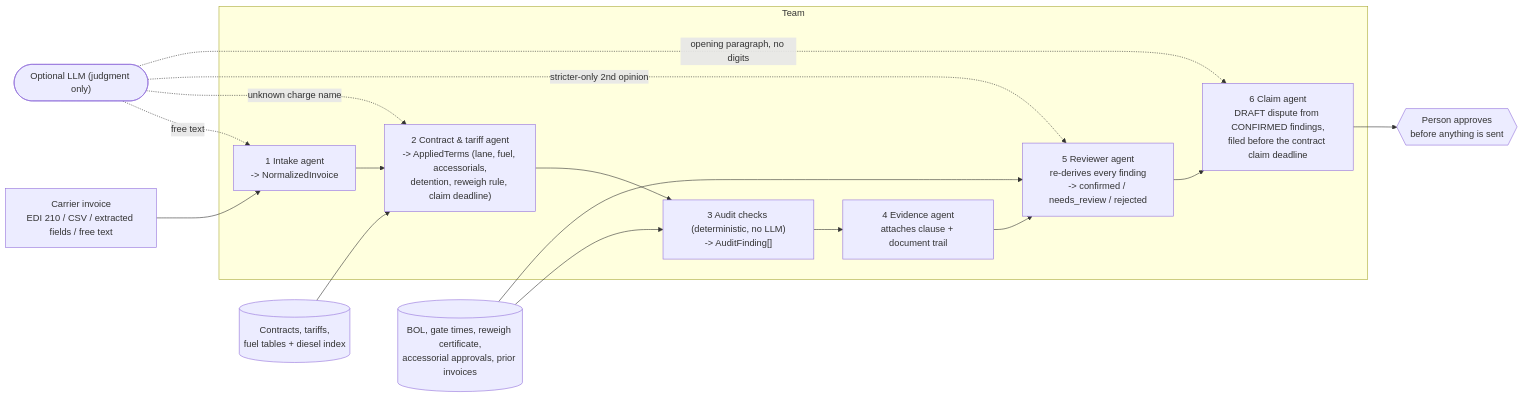
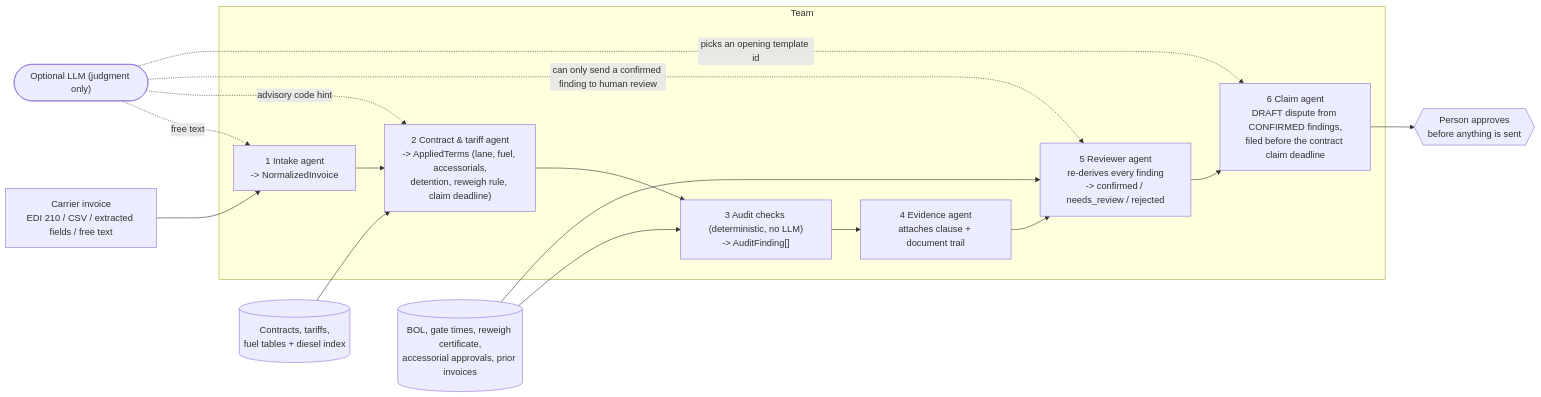
One commit to socrates6969/freight-recovery changed the diagram in technical/agents.md. Above: the diagram before and after it, drawn with Mermaid. The commit also changed other lines of this file and 11 other files, not shown here.

````diff
--- a/technical/agents.md
+++ b/technical/agents.md
@@ -9,19 +9,19 @@
 ```mermaid
 flowchart LR
     IN["Carrier invoice<br/>EDI 210 / CSV / extracted fields / free text"] --> A1
     subgraph Team
       A1["1 Intake agent<br/>-> NormalizedInvoice"] --> A2["2 Contract & tariff agent<br/>-> AppliedTerms (lane, fuel, accessorials,<br/>detention, reweigh rule, claim deadline)"]
       A2 --> A3["3 Audit checks (deterministic, no LLM)<br/>-> AuditFinding[]"]
       A3 --> A4["4 Evidence agent<br/>attaches clause + document trail"]
       A4 --> A5["5 Reviewer agent<br/>re-derives every finding<br/>-> confirmed / needs_review / rejected"]
       A5 --> A6["6 Claim agent<br/>DRAFT dispute from CONFIRMED findings,<br/>filed before the contract claim deadline"]
     end
     CT[("Contracts, tariffs,<br/>fuel tables + diesel index")] --> A2
     EV[("BOL, gate times, reweigh certificate,<br/>accessorial approvals, prior invoices")] --> A3
     EV --> A5
     A6 --> H{{"Person approves<br/>before anything is sent"}}
     LLM(["Optional LLM (judgment only)"]) -. free text .-> A1
-    LLM -. unknown charge name .-> A2
-    LLM -. stricter-only 2nd opinion .-> A5
-    LLM -. opening paragraph, no digits .-> A6
+    LLM -. advisory code hint .-> A2
+    LLM -. can only send a confirmed finding to human review .-> A5
+    LLM -. picks an opening template id .-> A6
 ```
````
